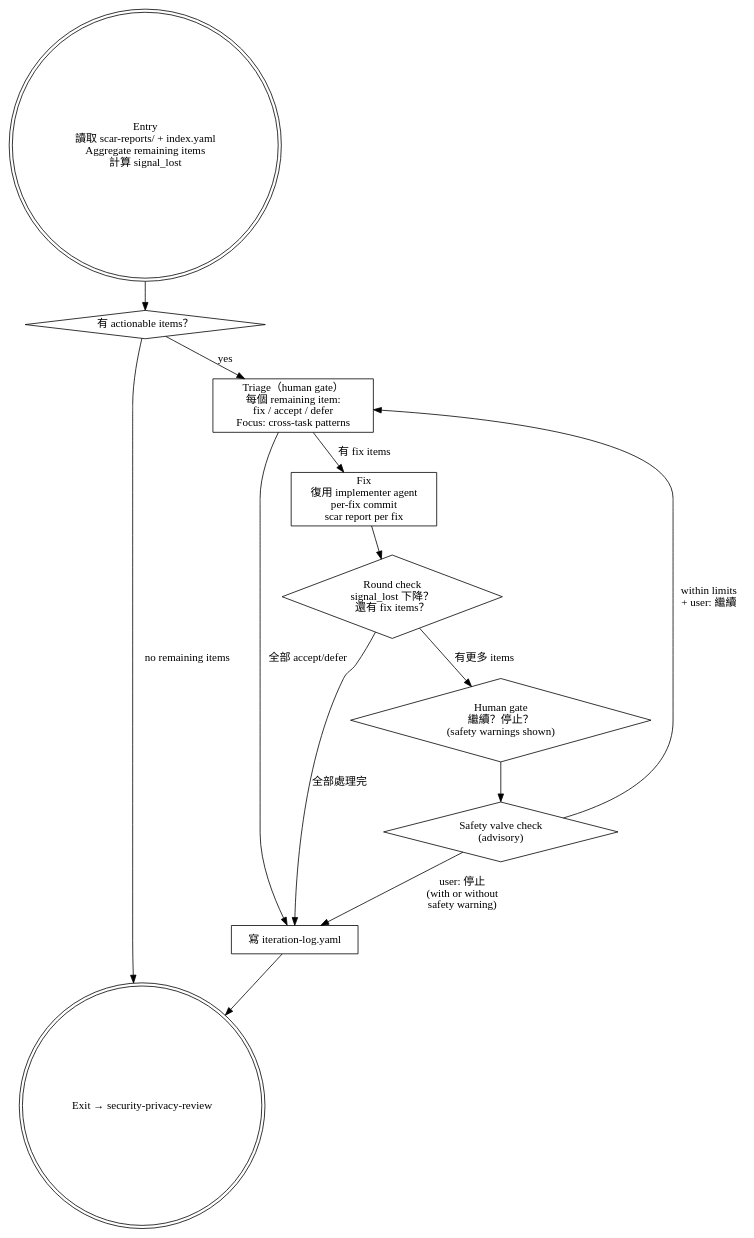
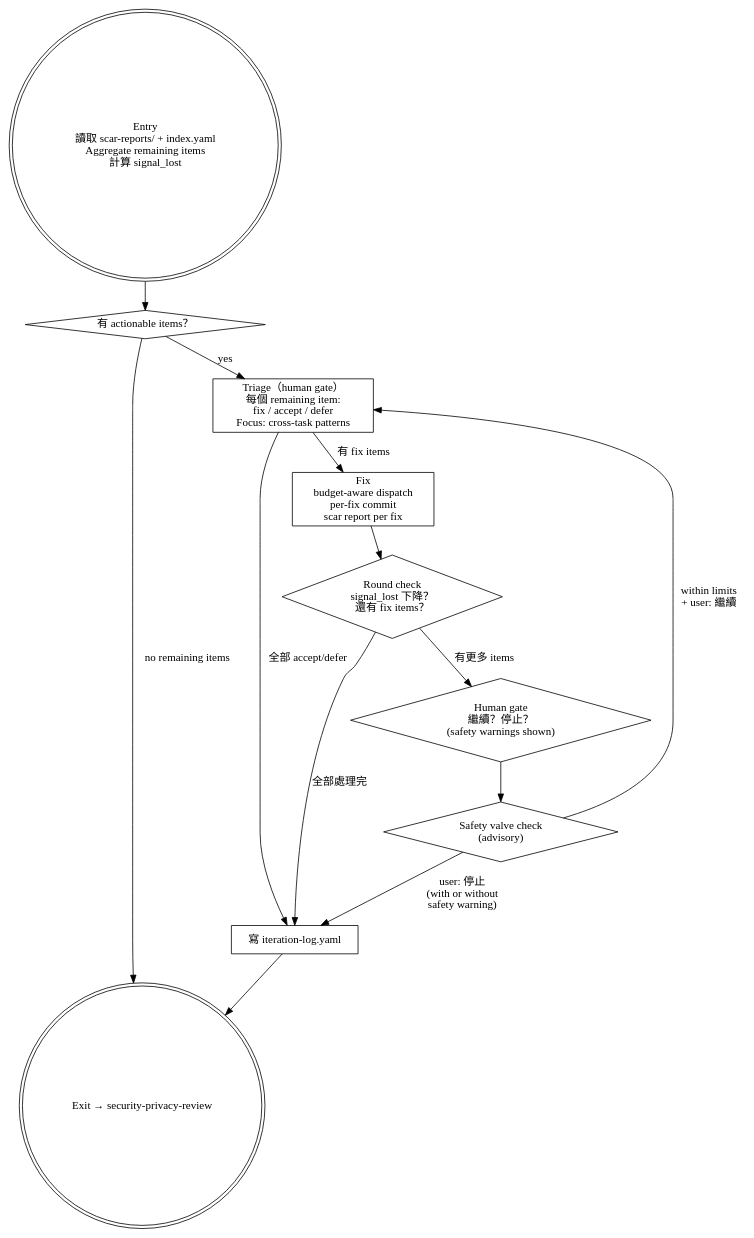
Before and after one commit to roymondliao/samsara: the diagram in skills/iteration/SKILL.md, drawn with Graphviz. The commit also changed other lines of this file and 1 other file, not shown here.

First line of the commit message:
feat(iteration): add budget-aware dispatch and iteration budget context

````diff
--- a/skills/iteration/SKILL.md
+++ b/skills/iteration/SKILL.md
@@ -20,28 +20,28 @@
 ```dot
 digraph iteration {
     node [shape=box];
 
     entry [label="Entry\n讀取 scar-reports/ + index.yaml\nAggregate remaining items\n計算 signal_lost" shape=doublecircle];
     empty [label="有 actionable items？" shape=diamond];
     triage [label="Triage（human gate）\n每個 remaining item:\nfix / accept / defer\nFocus: cross-task patterns"];
-    fix [label="Fix\n復用 implementer agent\nper-fix commit\nscar report per fix"];
+    fix [label="Fix\nbudget-aware dispatch\nper-fix commit\nscar report per fix"];
     round_check [label="Round check\nsignal_lost 下降？\n還有 fix items？" shape=diamond];
     safety [label="Safety valve check\n(advisory)" shape=diamond];
     gate [label="Human gate\n繼續？停止？\n(safety warnings shown)" shape=diamond];
     log [label="寫 iteration-log.yaml"];
     exit [label="Exit → security-privacy-review" shape=doublecircle];
 
     entry -> empty;
     empty -> triage [label="yes"];
     empty -> exit [label="no remaining items"];
     triage -> fix [label="有 fix items"];
     triage -> log [label="全部 accept/defer"];
     fix -> round_check;
     round_check -> gate [label="有更多 items"];
     round_check -> log [label="全部處理完"];
     gate -> safety;
     safety -> triage [label="within limits\n+ user: 繼續"];
     safety -> log [label="user: 停止\n(with or without\nsafety warning)"];
     log -> exit;
 }
 ```
````
